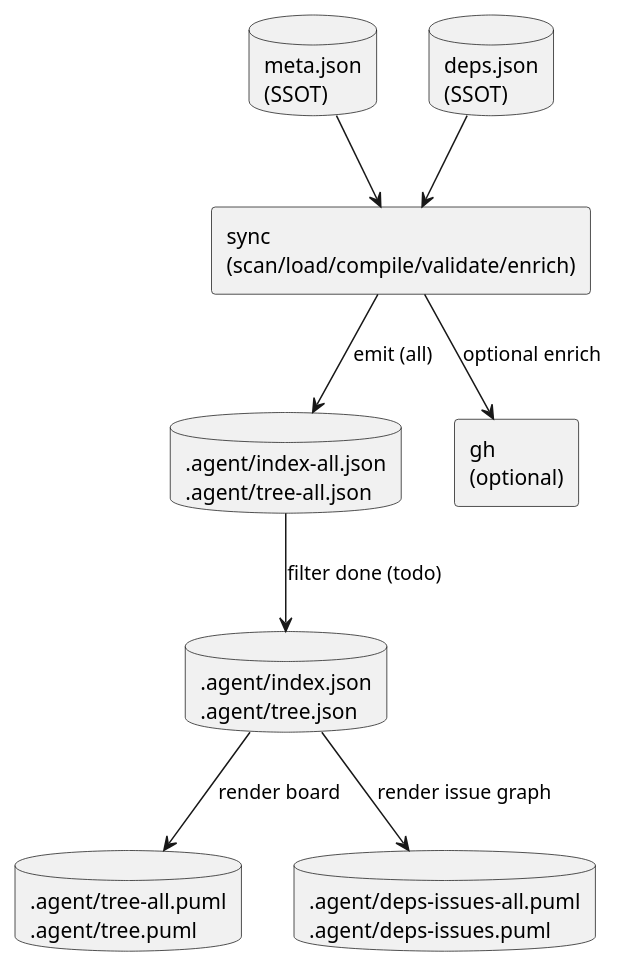
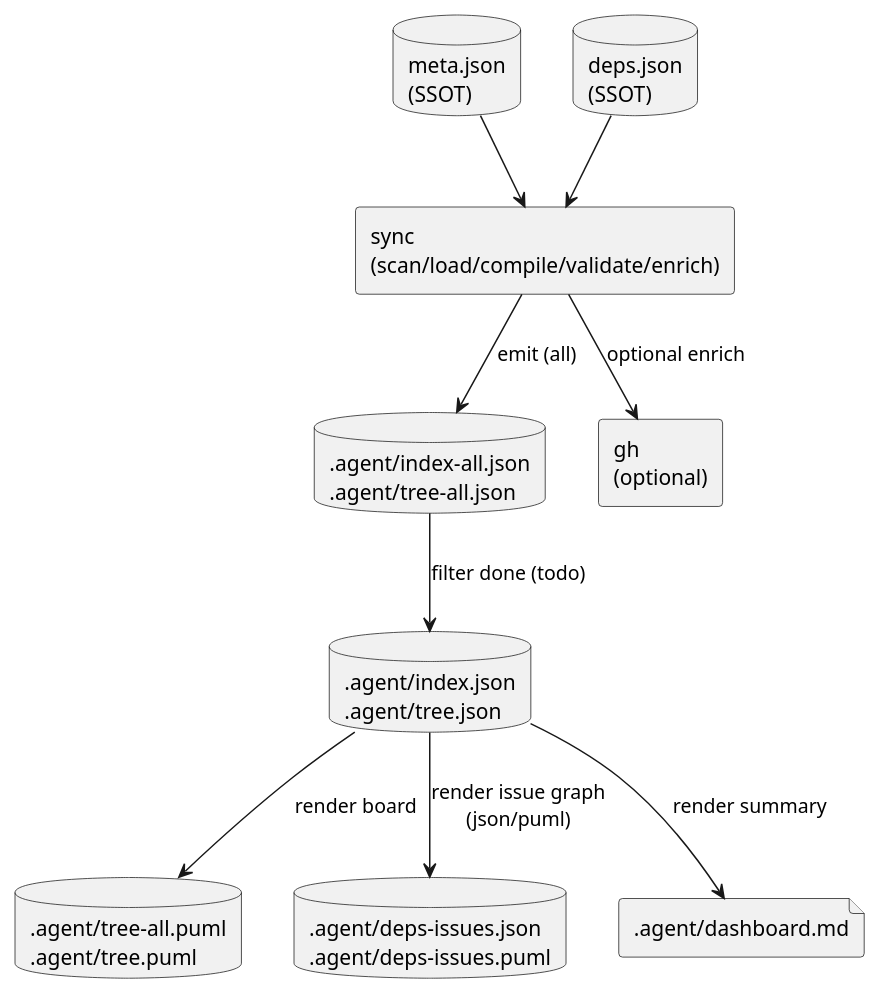
The diagram in spec-deps/current/artifacts/strawman-agent-artifacts-v2.md (chemitaro/spec-dock), drawn with PlantUML before and after one commit. The commit also changed other lines of this file and 5 other files, not shown here.

````diff
--- a/spec-deps/current/artifacts/strawman-agent-artifacts-v2.md
+++ b/spec-deps/current/artifacts/strawman-agent-artifacts-v2.md
@@ -72,22 +73,24 @@
 ```plantuml
 @startuml
 skinparam shadowing false
 
 database "meta.json\n(SSOT)" as Meta
 database "deps.json\n(SSOT)" as Deps
 rectangle "sync\n(scan/load/compile/validate/enrich)" as Sync
 database ".agent/index-all.json\n.agent/tree-all.json" as All
 database ".agent/index.json\n.agent/tree.json" as Todo
 database ".agent/tree-all.puml\n.agent/tree.puml" as TreePuml
-database ".agent/deps-issues-all.puml\n.agent/deps-issues.puml" as DepsPuml
+database ".agent/deps-issues.json\n.agent/deps-issues.puml" as DepsIssues
+file ".agent/dashboard.md" as Dashboard
 rectangle "gh\n(optional)" as GH
 
 Meta --> Sync
 Deps --> Sync
 Sync --> GH : optional enrich
 Sync --> All : emit (all)
 All --> Todo : filter done (todo)
 Todo --> TreePuml : render board
-Todo --> DepsPuml : render issue graph
+Todo --> DepsIssues : render issue graph\n(json/puml)
+Todo --> Dashboard : render summary
 @enduml
 ```
````
